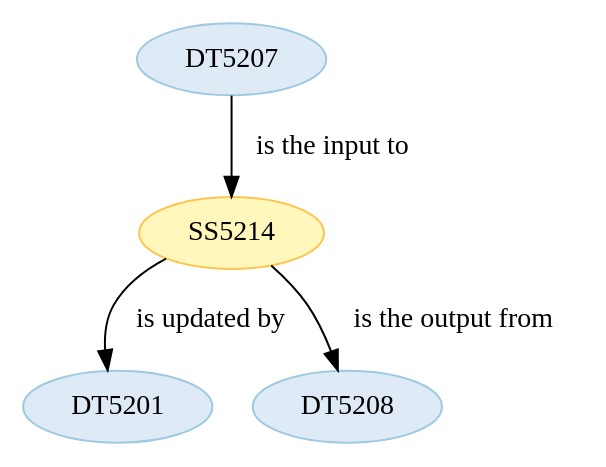
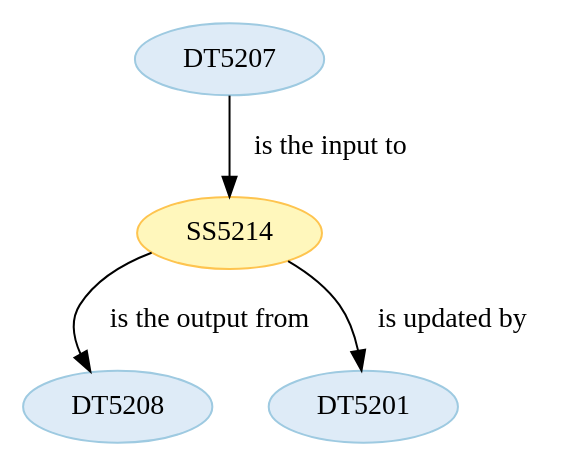
Before and after one commit to Marco-Salvi/cwl-test: the diagram in wf5201/ST520114.dot, drawn with Graphviz. The commit also changed other lines of this file and 19 other files, not shown here.

```diff
--- a/wf5201/ST520114.dot
+++ b/wf5201/ST520114.dot
@@ -1,18 +1,18 @@
 strict digraph {
 
-
-	"DT5201" [ color="2", colorscheme="blues3", fillcolor="1", style="filled",  weight=0 ];
-
-	"DT5207" [ color="2", colorscheme="blues3", fillcolor="1", style="filled",  weight=0 ];
-
-	"DT5207" -> "SS5214" [ label="is the input to", labeltooltip="DT5207 - is the input to - SS5214",  weight=0 ];
 
 	"DT5208" [ color="2", colorscheme="blues3", fillcolor="1", style="filled",  weight=0 ];
 
 	"SS5214" [ color="2", colorscheme="ylorbr3", fillcolor="1", style="filled",  weight=0 ];
 
 	"SS5214" -> "DT5201" [ label="is updated by", labeltooltip="DT5201 - is updated by - SS5214",  weight=0 ];
 
 	"SS5214" -> "DT5208" [ label="is the output from", labeltooltip="DT5208 - is the output from - SS5214",  weight=0 ];
 
+	"DT5201" [ color="2", colorscheme="blues3", fillcolor="1", style="filled",  weight=0 ];
+
+	"DT5207" [ color="2", colorscheme="blues3", fillcolor="1", style="filled",  weight=0 ];
+
+	"DT5207" -> "SS5214" [ label="is the input to", labeltooltip="DT5207 - is the input to - SS5214",  weight=0 ];
+
 }
```
